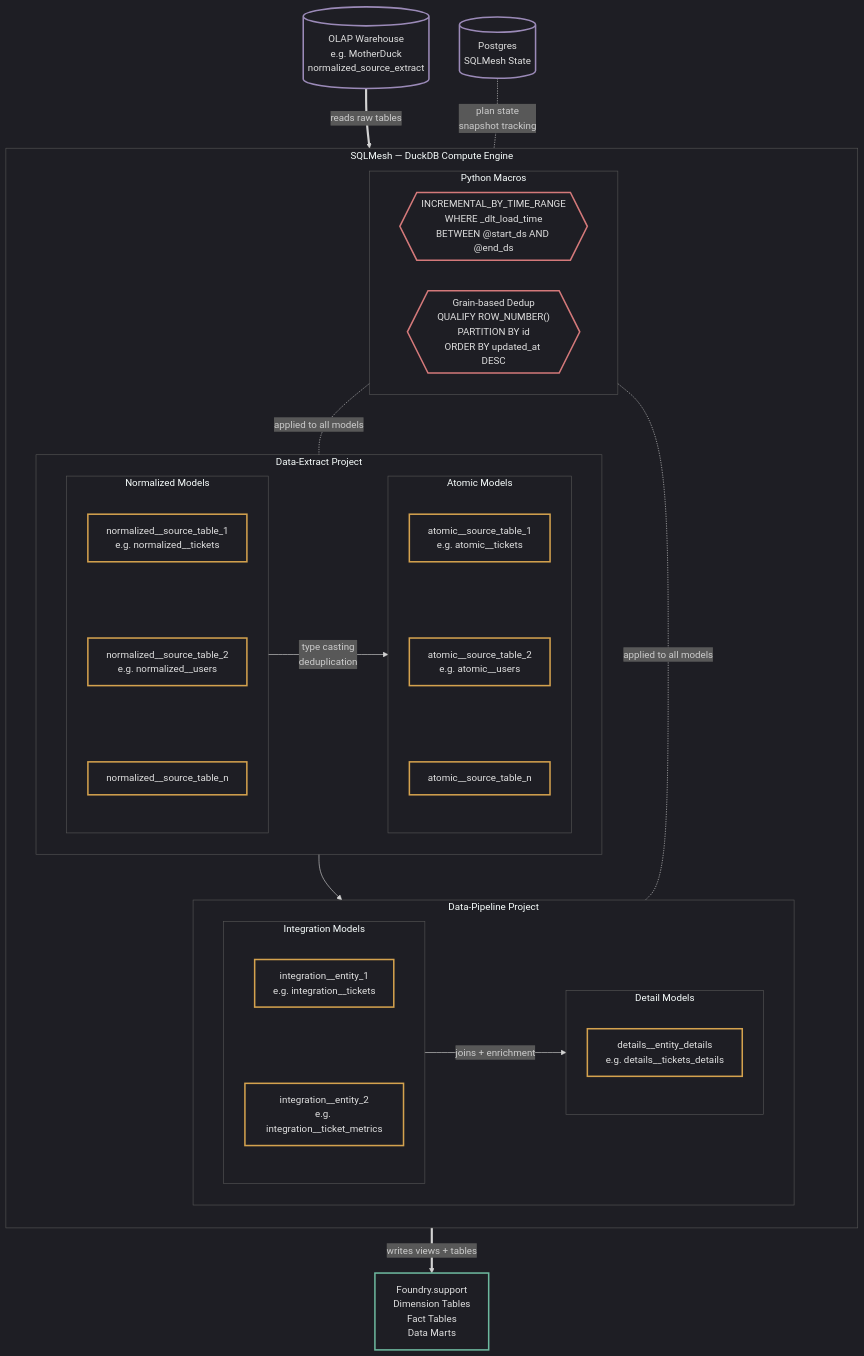
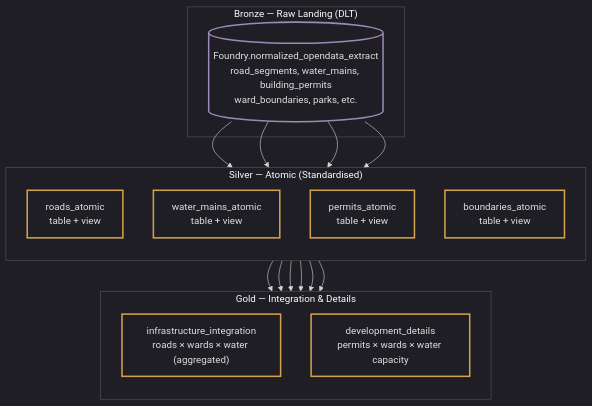
One commit to MetricForge-Analytics-Inc/MetricForge-City-Foundation changed the fourth of 9 diagrams in Documentation/Architecture/system-architecture.md. Above: the diagram before and after it, drawn with Mermaid. The commit also changed other lines of this file and 93 other files, not shown here.

````diff
--- a/Documentation/Architecture/system-architecture.md
+++ b/Documentation/Architecture/system-architecture.md
@@ -222,65 +129,35 @@
 ```mermaid
 %%{init: {'theme': 'dark', 'themeVariables': {'mainBkg': 'transparent', 'nodeBorder': '#555', 'clusterBkg': 'transparent', 'clusterBorder': '#555'}}}%%
-flowchart TB
-    classDef data fill:none,color:#e0e0e0,stroke:#6db89e,stroke-width:2.5px
+flowchart TD
     classDef process fill:none,color:#e0e0e0,stroke:#d4a24e,stroke-width:2.5px
     classDef db fill:none,color:#e0e0e0,stroke:#9b8ab8,stroke-width:2.5px
-    classDef config fill:none,color:#e0e0e0,stroke:#d4797a,stroke-width:2.5px
 
-    MD[("OLAP Warehouse<br/>e.g. MotherDuck<br/>normalized_source_extract")]:::db
-
-    subgraph SQLMESH ["SQLMesh — DuckDB Compute Engine"]
-        direction TB
-
-        subgraph EXTRACT_PROJECT ["Data-Extract Project"]
-            direction LR
-            subgraph NORM ["Normalized Models"]
-                direction TB
-                N1["normalized__source_table_1<br/>e.g. normalized__tickets"]:::process
-                N2["normalized__source_table_2<br/>e.g. normalized__users"]:::process
-                N3["normalized__source_table_n"]:::process
-                N1 ~~~ N2 ~~~ N3
-            end
-            subgraph ATOM ["Atomic Models"]
-                direction TB
-                A1["atomic__source_table_1<br/>e.g. atomic__tickets"]:::process
-                A2["atomic__source_table_2<br/>e.g. atomic__users"]:::process
-                A3["atomic__source_table_n"]:::process
-                A1 ~~~ A2 ~~~ A3
-            end
-            NORM -->|"type casting<br/>deduplication"| ATOM
-        end
-
-        subgraph PIPE_PROJECT ["Data-Pipeline Project"]
-            direction LR
-            subgraph INTEG ["Integration Models"]
-                direction TB
-                I1["integration__entity_1<br/>e.g. integration__tickets"]:::process
-                I2["integration__entity_2<br/>e.g. integration__ticket_metrics"]:::process
-                I1 ~~~ I2
-            end
-            subgraph DETAIL ["Detail Models"]
-                direction TB
-                D1["details__entity_details<br/>e.g. details__tickets_details"]:::process
-            end
-            INTEG -->|"joins + enrichment"| DETAIL
-        end
-
-        subgraph MACROS ["Python Macros"]
-            direction LR
-            M1{{"INCREMENTAL_BY_TIME_RANGE<br/>WHERE _dlt_load_time<br/>BETWEEN @start_ds AND @end_ds"}}:::config
-            M2{{"Grain-based Dedup<br/>QUALIFY ROW_NUMBER()<br/>PARTITION BY id<br/>ORDER BY updated_at DESC"}}:::config
-        end
-
-        EXTRACT_PROJECT --> PIPE_PROJECT
-        MACROS -.-|applied to all models| EXTRACT_PROJECT
-        MACROS -.-|applied to all models| PIPE_PROJECT
+    subgraph BRONZE ["Bronze — Raw Landing (DLT)"]
+        BT[("Foundry.normalized_opendata_extract<br/>road_segments, water_mains, building_permits<br/>ward_boundaries, parks, etc.")]:::db
     end
 
-    PG[("Postgres<br/>SQLMesh State")]:::db
-    OUTPUT["Foundry.support<br/>Dimension Tables<br/>Fact Tables<br/>Data Marts"]:::data
+    subgraph SILVER ["Silver — Atomic (Standardised)"]
+        direction TB
+        A1["roads_atomic<br/>table + view"]:::process
+        A2["water_mains_atomic<br/>table + view"]:::process
+        A3["permits_atomic<br/>table + view"]:::process
+        A4["boundaries_atomic<br/>table + view"]:::process
+    end
 
-    MD ==>|"reads raw tables"| SQLMESH
-    SQLMESH ==>|"writes views + tables"| OUTPUT
-    PG -.-|"plan state<br/>snapshot tracking"| SQLMESH
+    subgraph GOLD_T ["Gold — Integration & Details"]
+        direction TB
+        I1["infrastructure_integration<br/>roads × wards × water (aggregated)"]:::process
+        D1["development_details<br/>permits × wards × water capacity"]:::process
+    end
+
+    BT --> A1
+    BT --> A2
+    BT --> A3
+    BT --> A4
+    A1 --> I1
+    A2 --> I1
+    A4 --> I1
+    A3 --> D1
+    A2 --> D1
+    A4 --> D1
 ```
````
